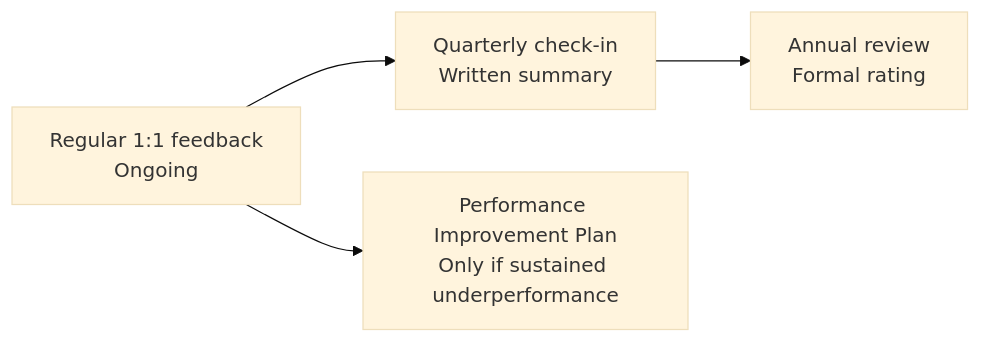
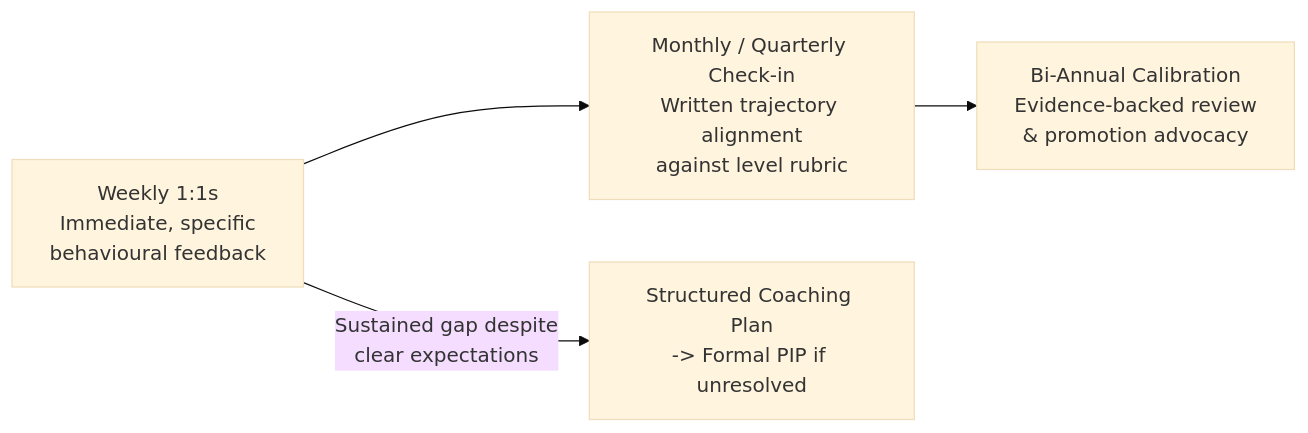
One commit to nitinkc/PrincipalEngineer_InterviewGuide changed the second of 2 diagrams in docs/01.03-engineering-manager.md. Above: the diagram before and after it, drawn with Mermaid (base theme). The commit also changed other lines of this file and 27 other files, not shown here.

````diff
--- a/docs/01.03-engineering-manager.md
+++ b/docs/01.03-engineering-manager.md
@@ -65,6 +76,6 @@
 ```mermaid
 graph LR
-    R[Regular 1:1 feedback\nOngoing] --> QC[Quarterly check-in\nWritten summary]
-    QC --> AR[Annual review\nFormal rating]
-    R --> PIP[Performance Improvement Plan\nOnly if sustained underperformance]
+    R["Weekly 1:1s<br/>Immediate, specific<br/>behavioural feedback"] --> QC["Monthly / Quarterly Check-in<br/>Written trajectory alignment<br/>against level rubric"]
+    QC --> AR["Bi-Annual Calibration<br/>Evidence-backed review<br/>& promotion advocacy"]
+    R -->|"Sustained gap despite<br/>clear expectations"| C["Structured Coaching Plan<br/>-> Formal PIP if unresolved"]
 ```
````
